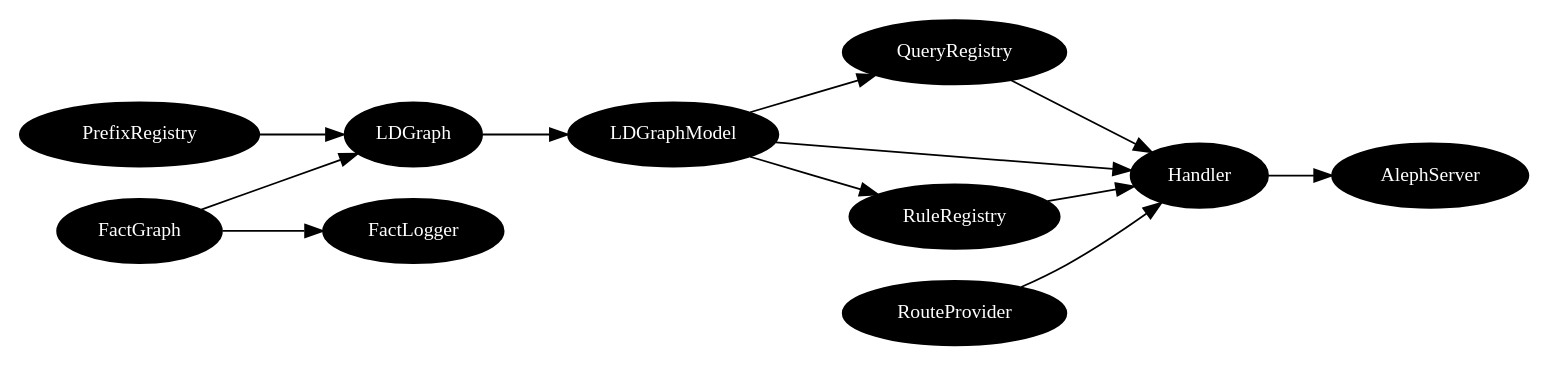
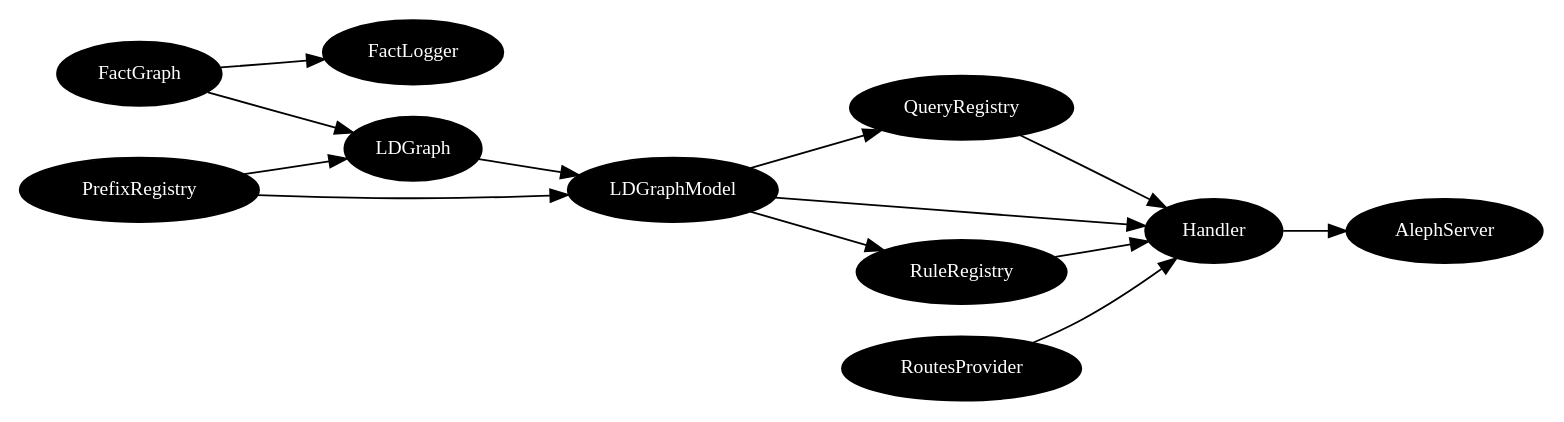
One commit to thi-ng/fabric changed the diagram in fabric-ld/src/core.org. Above: the diagram before and after it, drawn with Graphviz. The commit also changed other lines of this file and 1 other file, not shown here.

Commit message:
[ld] fix #2, remove prefixes from handler dependencies, add transform-query to LDGraphModel and call untransform-pnames-in-spec from there

```diff
--- a/fabric-ld/src/core.org
+++ b/fabric-ld/src/core.org
@@ -40,19 +40,20 @@
 #+BEGIN_SRC dot :tangle ../../assets/overview.dot
 digraph g {
   node[color="black",style="filled",fontname="Inconsolata",fontcolor="white",fontsize=11];
   edge[fontname="Inconsolata",fontsize=9];
   rankdir=LR;
 
   FactGraph -> LDGraph -> LDGraphModel;
   FactGraph -> FactLogger;
 
   PrefixRegistry -> LDGraph;
+  PrefixRegistry -> LDGraphModel;
   LDGraphModel -> QueryRegistry -> Handler;
   LDGraphModel -> RuleRegistry -> Handler;
   LDGraphModel -> Handler;
 
-  RouteProvider -> Handler;
+  RoutesProvider -> Handler;
 
   Handler -> AlephServer;
 }
 #+END_SRC
```
